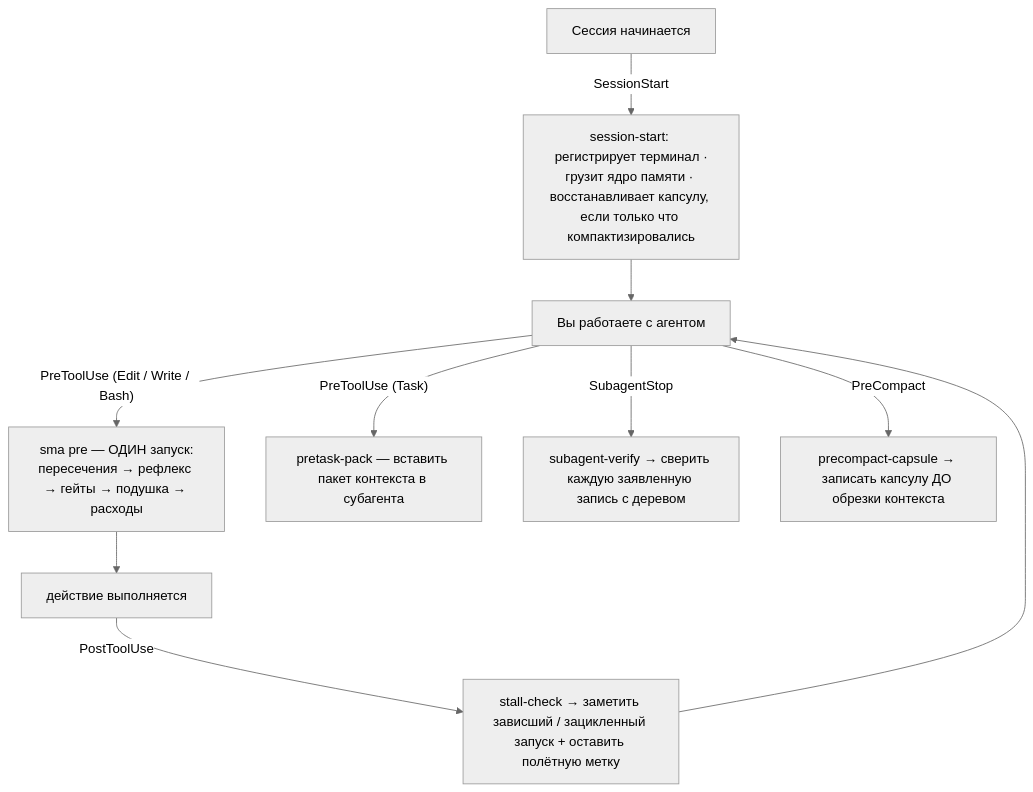
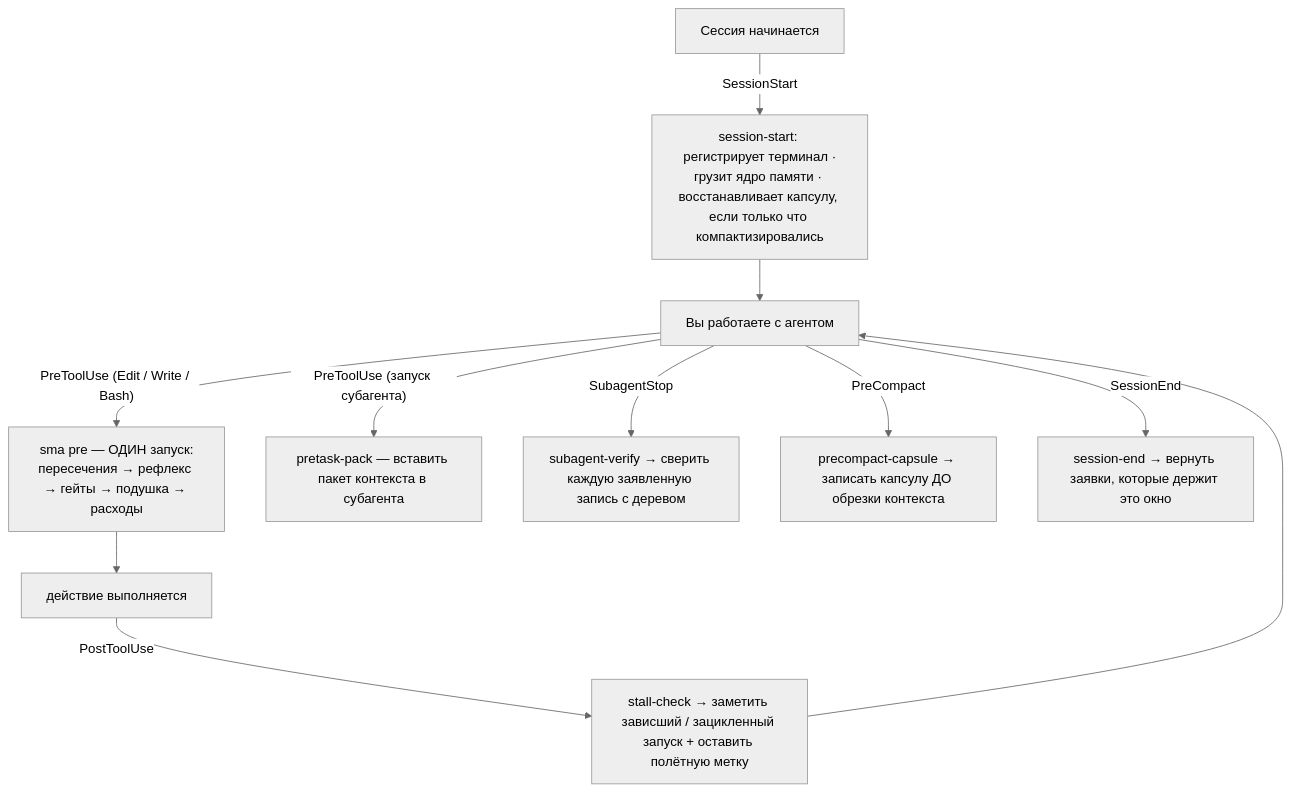
Before and after one commit to sma-framework/sma: the fourth of 24 diagrams in docs/DETAILS.ru.md, drawn with Mermaid (neutral theme). The commit also changed other lines of this file and 6 other files, not shown here.

````diff
--- a/docs/DETAILS.ru.md
+++ b/docs/DETAILS.ru.md
@@ -370,12 +370,13 @@
 ```mermaid
 flowchart TD
     S["Сессия начинается"] -->|SessionStart| S1["session-start: регистрирует терминал ·<br>грузит ядро памяти · восстанавливает капсулу, если только что компактизировались"]
     S1 --> W["Вы работаете с агентом"]
     W -->|"PreToolUse (Edit / Write / Bash)"| P1["sma pre — ОДИН запуск:<br>пересечения → рефлекс → гейты → подушка → расходы"]
     P1 --> ACT["действие выполняется"]
-    W -->|"PreToolUse (Task)"| PT["pretask-pack — вставить пакет контекста в субагента"]
+    W -->|"PreToolUse (запуск субагента)"| PT["pretask-pack — вставить пакет контекста в субагента"]
     ACT -->|PostToolUse| PO["stall-check → заметить зависший / зацикленный запуск + оставить полётную метку"]
     W -->|SubagentStop| SV["subagent-verify → сверить каждую заявленную запись с деревом"]
     W -->|PreCompact| PC["precompact-capsule → записать капсулу ДО обрезки контекста"]
+    W -->|SessionEnd| SE["session-end → вернуть заявки, которые держит это окно"]
     PO --> W
 ```
````
